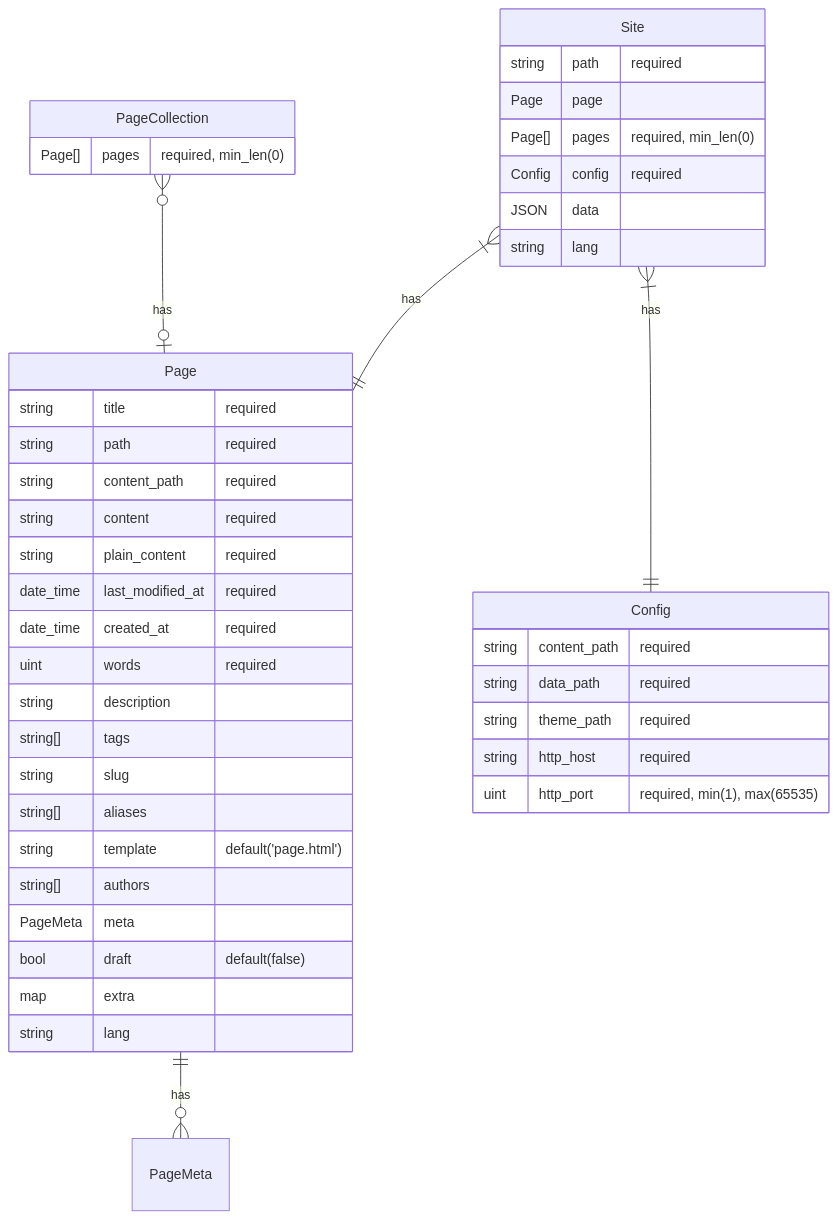
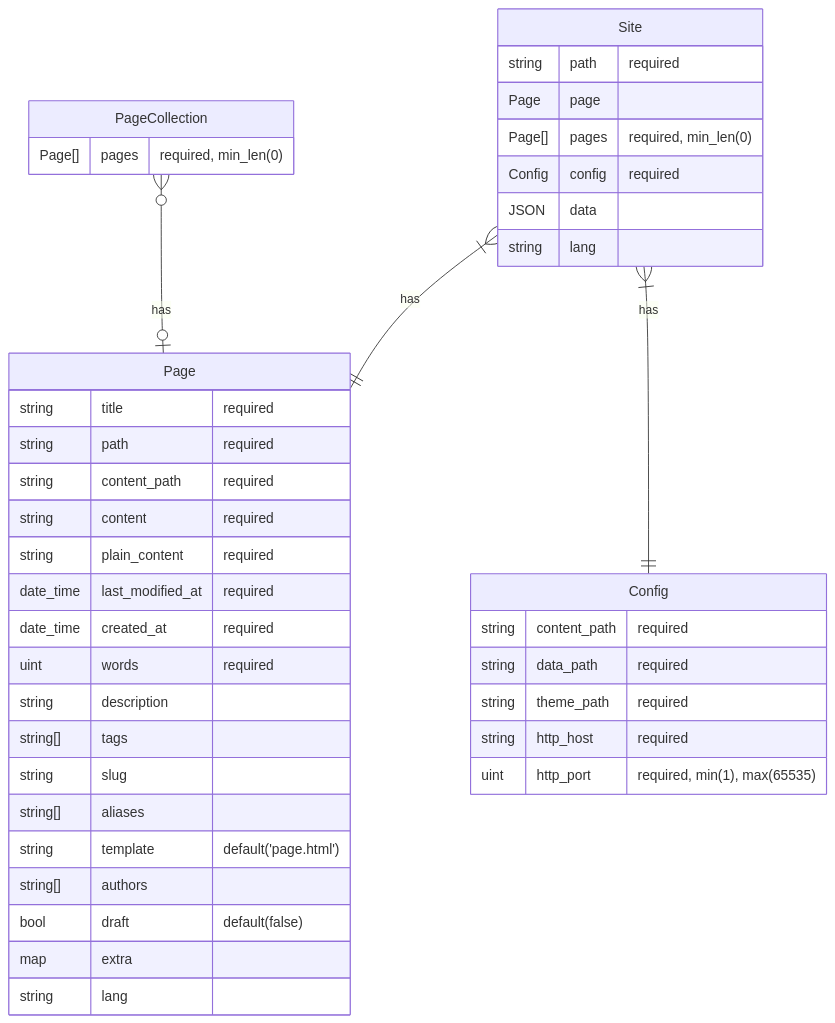
Before and after one commit to marlaone/marla: the diagram in docs/entities.md, drawn with Mermaid. The commit also changed 6 other files, not shown here.

````diff
--- a/docs/entities.md
+++ b/docs/entities.md
@@ -3,45 +3,43 @@
 ```mermaid
 erDiagram
   Page {
     string title "required"
     string path "required"
     string content_path "required"
     string content "required"
     string plain_content "required"
     date_time last_modified_at "required"
     date_time created_at "required"
     uint words "required"
     string description
     string[] tags
     string slug
     string[] aliases
     string template "default('page.html')"
     string[] authors
-    PageMeta meta ""
     bool draft "default(false)"
     map extra
     string lang
   }
-  Page ||--o{ PageMeta: has
   PageCollection }o--o| Page: has
   PageCollection {
     Page[] pages "required, min_len(0)"
   }
   Site |{--|| Page: has
   Site {
     string path "required"
     Page page
     Page[] pages "required, min_len(0)"
     Config config "required"
     JSON data
     string lang
   }
   Site |{--|| Config: has
   Config {
     string content_path "required"
     string data_path "required"
     string theme_path "required"
     string http_host "required"
     uint http_port "required, min(1), max(65535)"
   }
 ```
````
